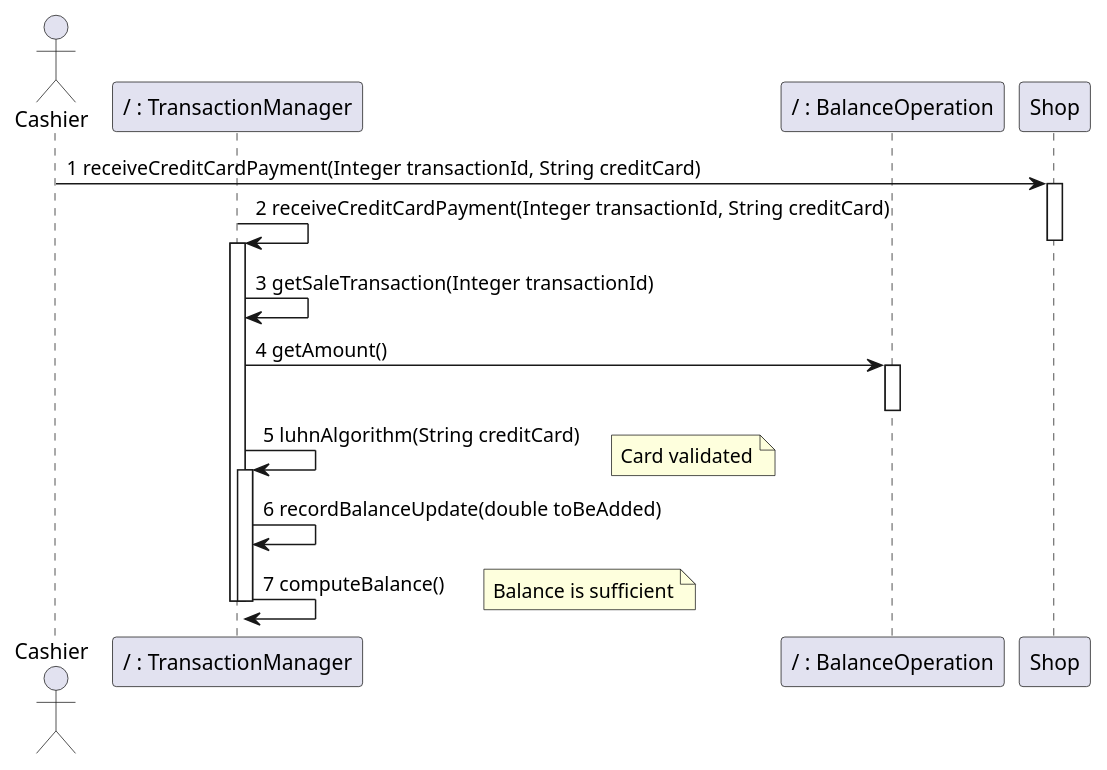
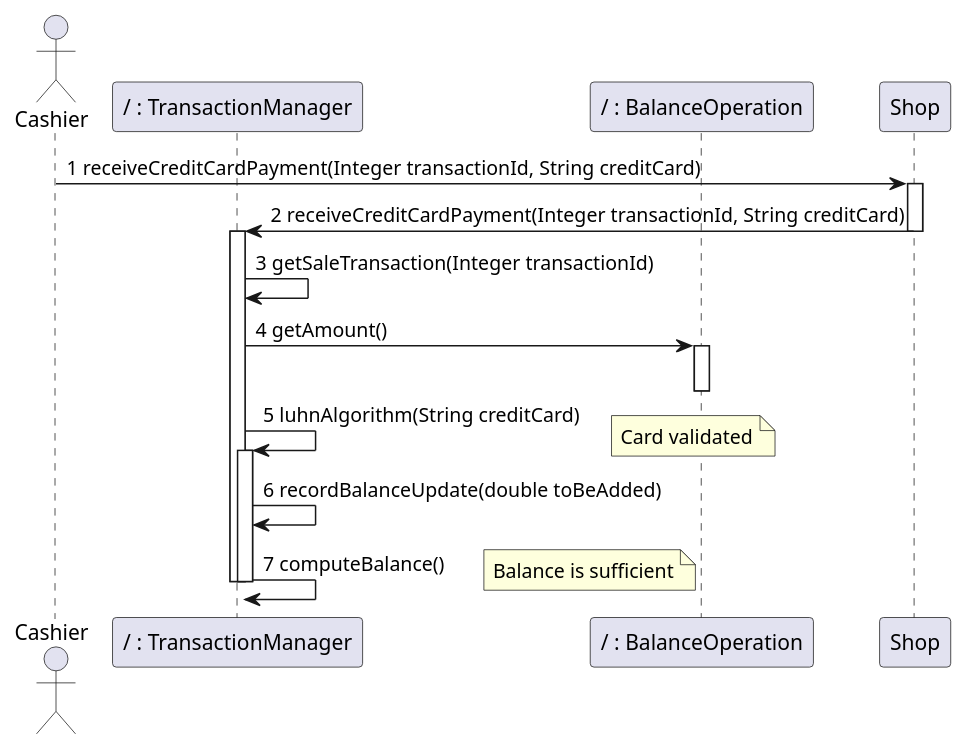
One commit to nicolabattaglino/ezshop changed diagram 31 of 32 in Deliverables/DesignDocument.md. Above: the diagram before and after it, drawn with PlantUML. The commit also changed other lines of this file, not shown here.

Commit message:
formatting

````diff
--- a/Deliverables/DesignDocument.md
+++ b/Deliverables/DesignDocument.md
@@ -1455,26 +1455,26 @@
 ```plantuml
 @startuml
 
 actor Cashier
 participant "/ : TransactionManager" as TransactionManager
 participant "/ : BalanceOperation" as BalanceOperation
 Cashier -> Shop :1 receiveCreditCardPayment(Integer transactionId, String creditCard)
 activate Shop
-TransactionManager -> TransactionManager:2 receiveCreditCardPayment(Integer transactionId, String creditCard)
+Shop -> TransactionManager:2 receiveCreditCardPayment(Integer transactionId, String creditCard)
 deactivate Shop
 activate TransactionManager
 TransactionManager-> TransactionManager:3 getSaleTransaction(Integer transactionId)
 TransactionManager-> BalanceOperation:4 getAmount()
 activate BalanceOperation
 deactivate BalanceOperation
 TransactionManager -> TransactionManager:5 luhnAlgorithm(String creditCard)
 activate TransactionManager
 note right : Card validated
 TransactionManager -> TransactionManager:6 recordBalanceUpdate(double toBeAdded)
 TransactionManager -> TransactionManager:7 computeBalance()
 deactivate TransactionManager
 note right: Balance is sufficient
 deactivate TransactionManager
 
 @enduml
 ```
````
